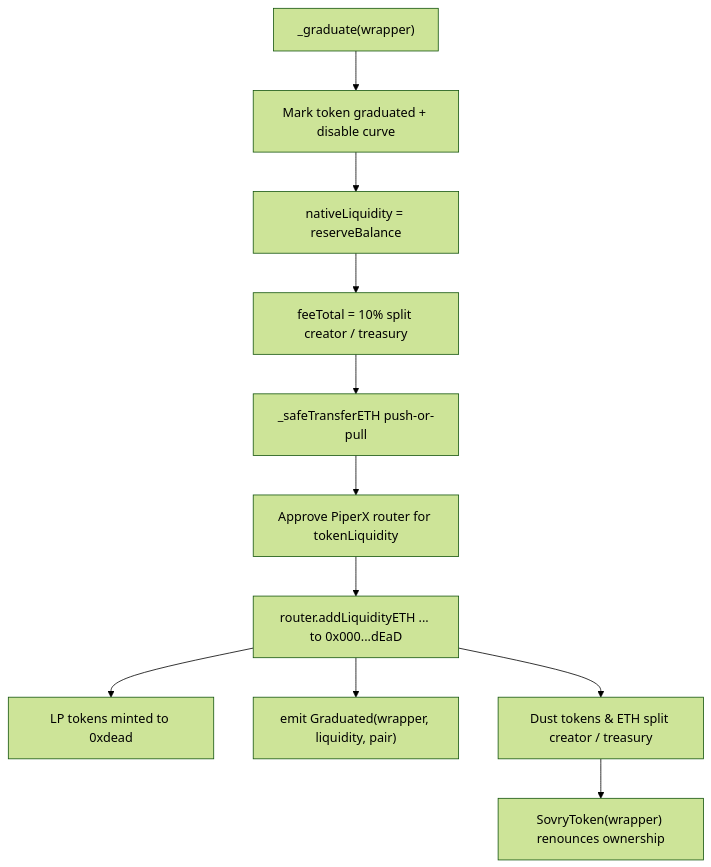
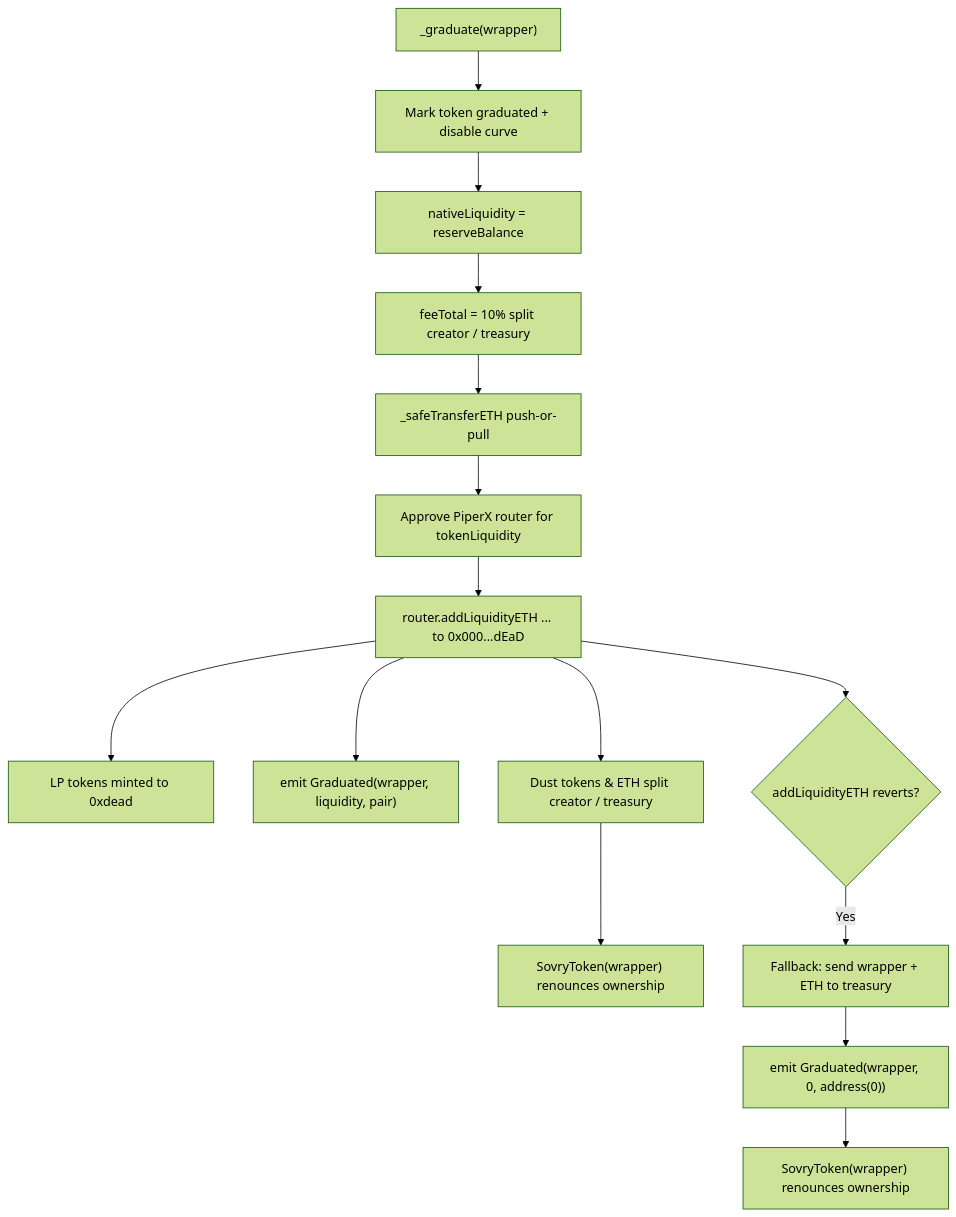
Before and after one commit to E1eng/Sovry: the sixth of 8 diagrams in docs/contracts-flow.md, drawn with Mermaid (forest theme). The commit also changed other lines of this file and 6 other files, not shown here.

````diff
--- a/docs/contracts-flow.md
+++ b/docs/contracts-flow.md
@@ -85,13 +85,17 @@
 ```mermaid
 graph TD;
     GRAD["_graduate(wrapper)"] --> FLAG["Mark token graduated + disable curve"];
     FLAG --> NAT["nativeLiquidity = reserveBalance"];
     NAT --> FEES["feeTotal = 10% split creator / treasury"];
     FEES --> PAY["_safeTransferETH push-or-pull"];
     PAY --> APPR["Approve PiperX router for tokenLiquidity"];
     APPR --> ADD["router.addLiquidityETH ... to 0x000...dEaD"];
     ADD --> LP["LP tokens minted to 0xdead"];
     ADD --> EVT["emit Graduated(wrapper, liquidity, pair)"];
     ADD --> DUST["Dust tokens & ETH split creator / treasury"];
     DUST --> REN["SovryToken(wrapper) renounces ownership"];
+    ADD --> FAIL{"addLiquidityETH reverts?"};
+    FAIL -->|Yes| FB["Fallback: send wrapper + ETH to treasury"];
+    FB --> EVT2["emit Graduated(wrapper, 0, address(0))"];
+    EVT2 --> REN2["SovryToken(wrapper) renounces ownership"];
 ```
````
